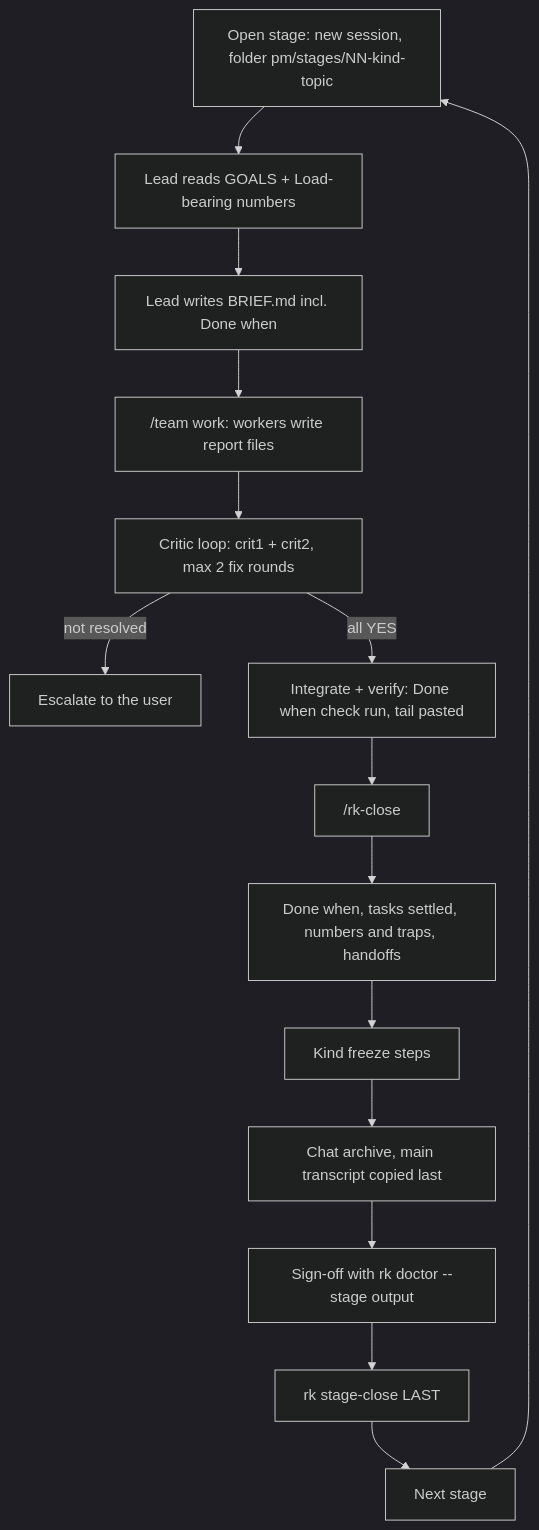
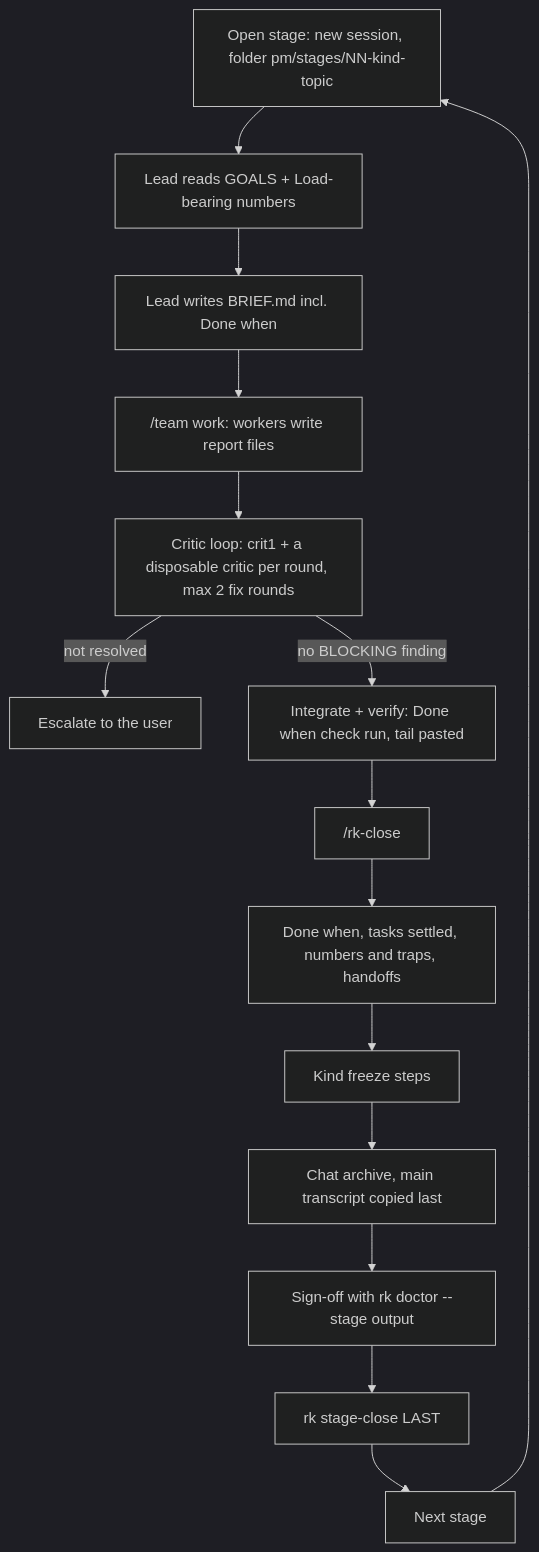
Before and after one commit to xylophoneengine/research-kit: the second of 5 diagrams in README.md, drawn with Mermaid (dark theme). The commit also changed other lines of this file and 21 other files, not shown here.

````diff
--- a/README.md
+++ b/README.md
@@ -335,17 +335,17 @@
 ```mermaid
 flowchart TD
   O["Open stage: new session, folder pm/stages/NN-kind-topic"] --> RG["Lead reads GOALS + Load-bearing numbers"]
   RG --> BR["Lead writes BRIEF.md incl. Done when"]
   BR --> T["/team work: workers write report files"]
-  T --> CR["Critic loop: crit1 + crit2, max 2 fix rounds"]
+  T --> CR["Critic loop: crit1 + a disposable critic per round, max 2 fix rounds"]
   CR -- "not resolved" --> ESC["Escalate to the user"]
-  CR -- "all YES" --> IV["Integrate + verify: Done when check run, tail pasted"]
+  CR -- "no BLOCKING finding" --> IV["Integrate + verify: Done when check run, tail pasted"]
   IV --> CL["/rk-close"]
   CL --> S1["Done when, tasks settled, numbers and traps, handoffs"]
   S1 --> S2["Kind freeze steps"]
   S2 --> S3["Chat archive, main transcript copied last"]
   S3 --> S4["Sign-off with rk doctor --stage output"]
   S4 --> S5["rk stage-close LAST"]
   S5 --> N["Next stage"]
   N --> O
 ```
````
